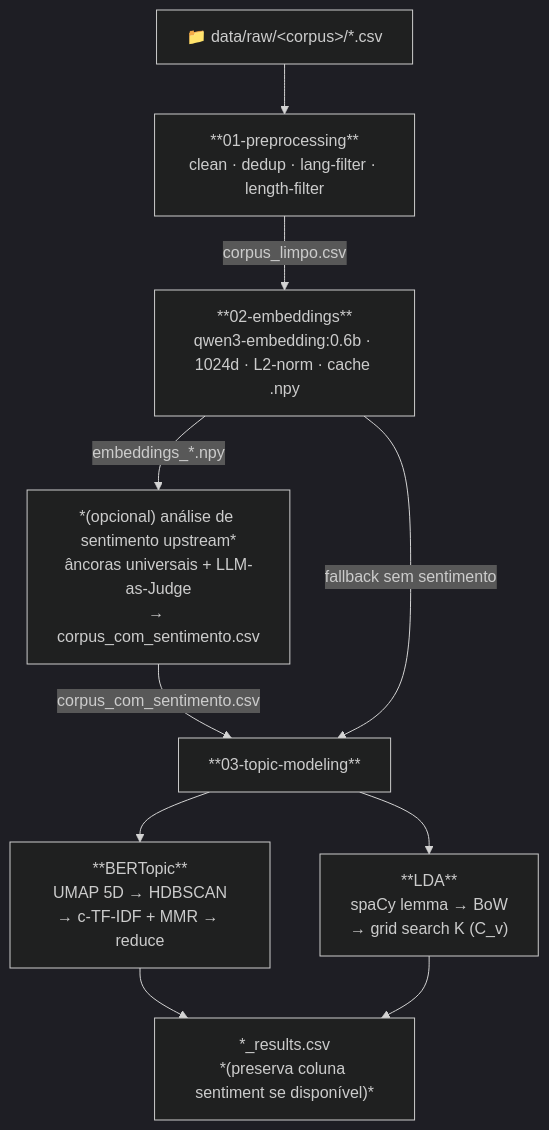
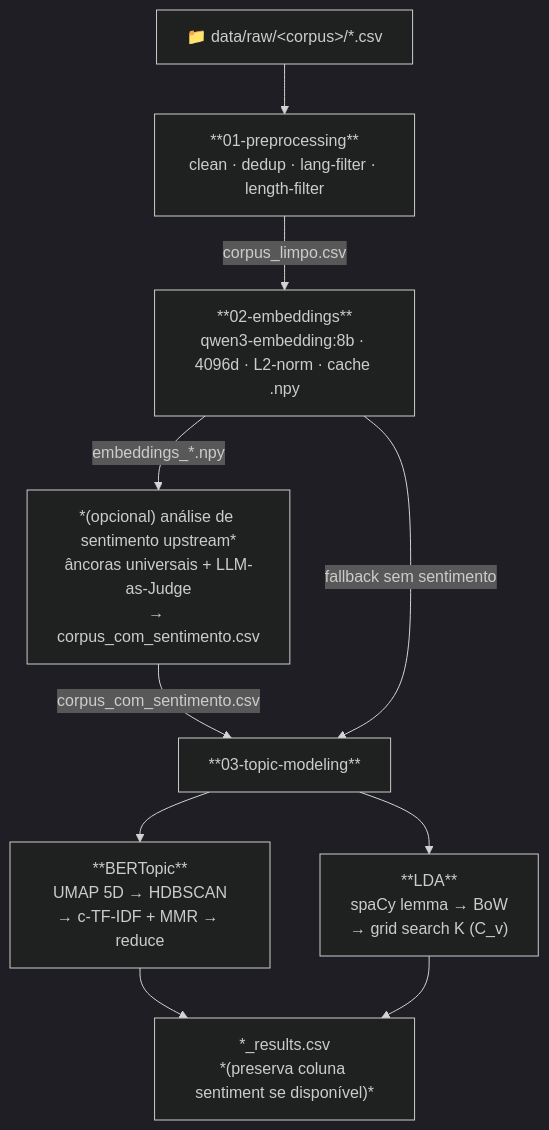
Before and after one commit to douglasfragoso/topic-modeling: the diagram in README.md, drawn with Mermaid (dark theme). The commit also changed other lines of this file and 103 other files, not shown here.

````diff
--- a/README.md
+++ b/README.md
@@ -458,24 +454,24 @@
 ```mermaid
 flowchart TD
     RAW["📁 data/raw/&lt;corpus&gt;/*.csv"]
     
     PRE["**01-preprocessing**\nclean · dedup · lang-filter · length-filter"]
-    EMB["**02-embeddings**\nqwen3-embedding:0.6b · 1024d · L2-norm · cache .npy"]
+    EMB["**02-embeddings**\nqwen3-embedding:8b · 4096d · L2-norm · cache .npy"]
     SENT["*(opcional) análise de sentimento upstream*\nâncoras universais + LLM-as-Judge\n→ corpus_com_sentimento.csv"]
     TM["**03-topic-modeling**"]
     
     BERT["**BERTopic**\nUMAP 5D → HDBSCAN\n→ c-TF-IDF + MMR → reduce"]
     LDA["**LDA**\nspaCy lemma → BoW\n→ grid search K (C_v)"]
     
     OUT["*_results.csv\n*(preserva coluna sentiment se disponível)*"]
     
     RAW --> PRE
     PRE -->|"corpus_limpo.csv"| EMB
     EMB -->|"embeddings_*.npy"| SENT
     SENT -->|"corpus_com_sentimento.csv"| TM
     EMB -->|"fallback sem sentimento"| TM
     TM --> BERT
     TM --> LDA
     BERT --> OUT
     LDA --> OUT
 ```
````
